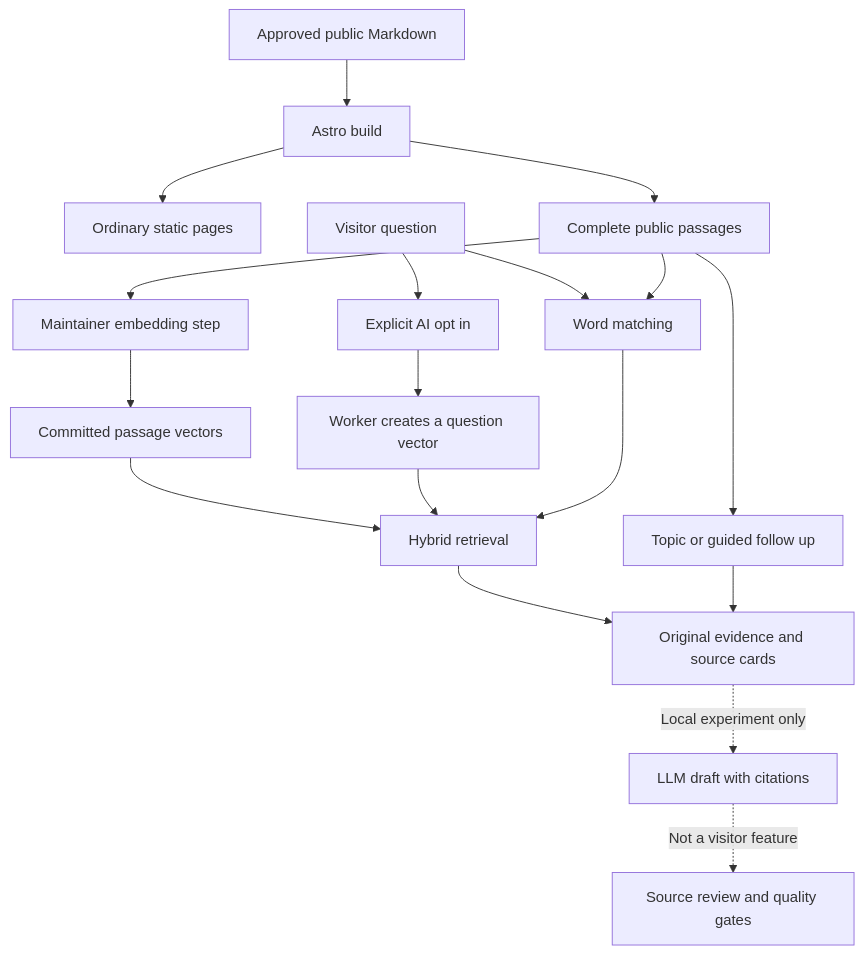
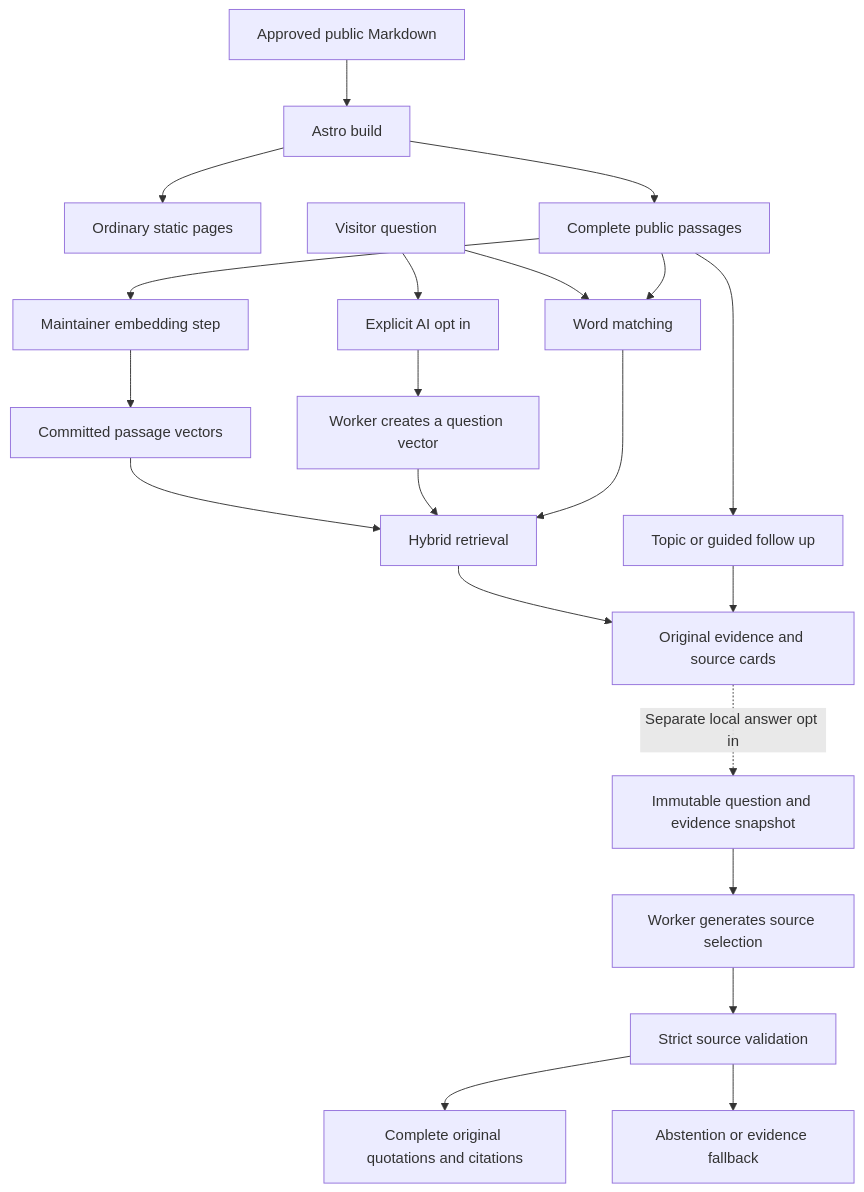
Before and after one commit to the-anantkumar/portfolio: the first of 2 diagrams in docs/learning-tracker.md, drawn with Mermaid. The commit also changed other lines of this file and 2 other files, not shown here.

Commit message:
docs: map the complete RAG pipeline and its learning exercises

````diff
--- a/docs/learning-tracker.md
+++ b/docs/learning-tracker.md
@@ -15,20 +15,23 @@
 ```mermaid
 flowchart TD
   A[Approved public Markdown] --> B[Astro build]
   B --> C[Ordinary static pages]
   B --> D[Complete public passages]
   D --> E[Maintainer embedding step]
   E --> F[Committed passage vectors]
   Q[Visitor question] --> W[Word matching]
   Q --> O[Explicit AI opt in]
   O --> V[Worker creates a question vector]
   F --> H[Hybrid retrieval]
   V --> H
   W --> H
   D --> W
   H --> R[Original evidence and source cards]
   T[Topic or guided follow up] --> R
   D --> T
-  R -. Local experiment only .-> G[LLM draft with citations]
-  G -. Not a visitor feature .-> X[Source review and quality gates]
+  R -. Separate local answer opt in .-> S[Immutable question and evidence snapshot]
+  S --> G[Worker generates source selection]
+  G --> X[Strict source validation]
+  X --> A1[Complete original quotations and citations]
+  X --> F1[Abstention or evidence fallback]
 ```
````
